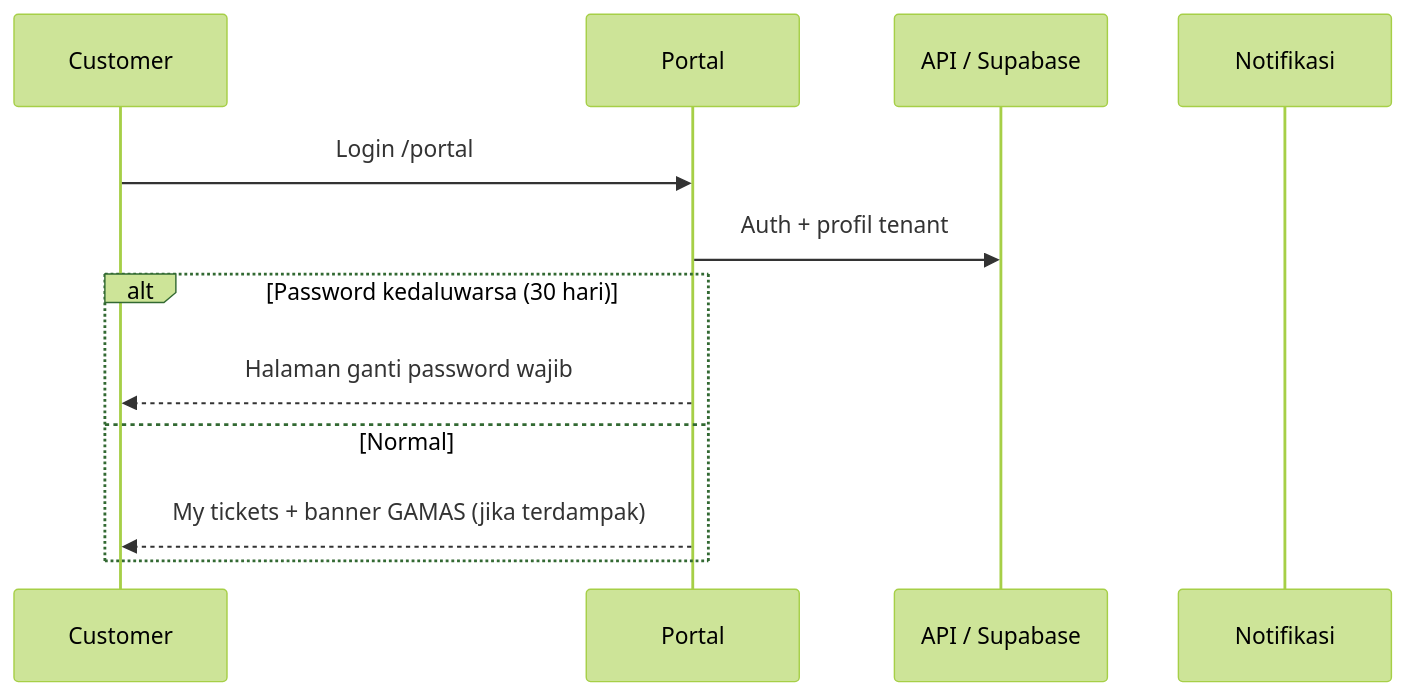
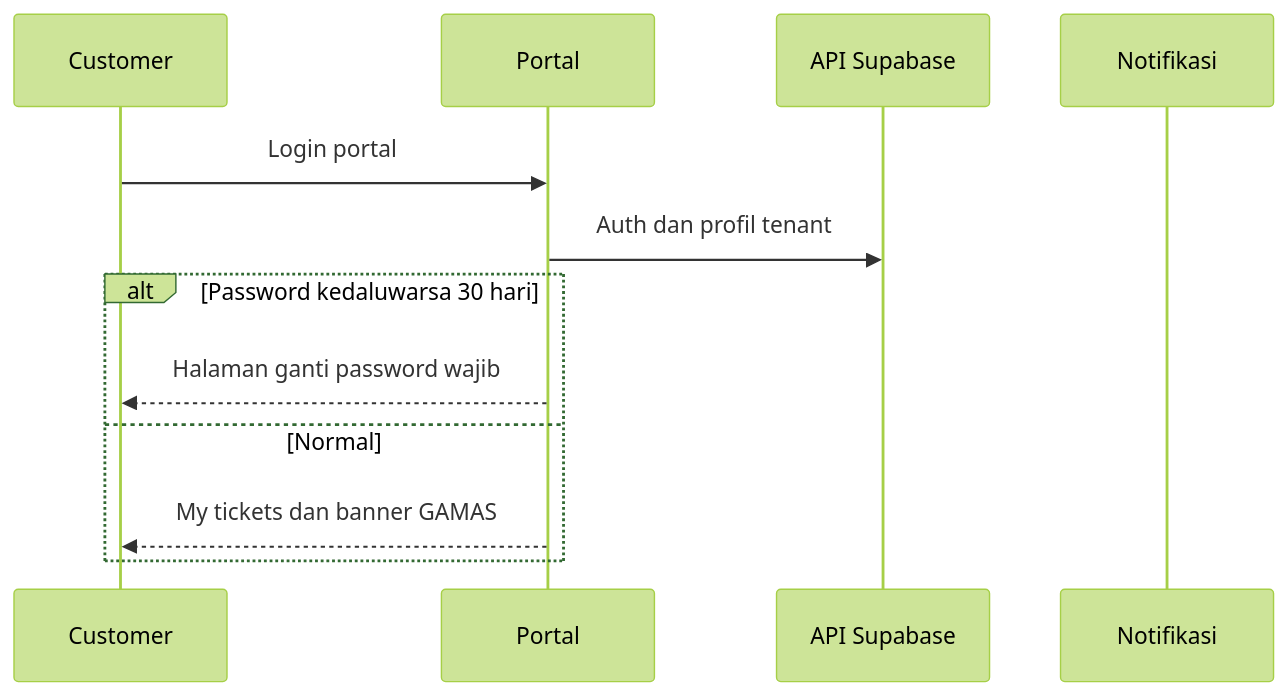
One commit to bontiharyanto/novacrm changed the second of 14 diagrams in docs/TICKETING-JOURNEY.md. Above: the diagram before and after it, drawn with Mermaid (forest theme). The commit also changed other lines of this file, not shown here.

First line of the commit message:
Fix Mermaid diagram syntax in ticketing journey doc for GitHub rendering.

````diff
--- a/docs/TICKETING-JOURNEY.md
+++ b/docs/TICKETING-JOURNEY.md
@@ -88,15 +88,15 @@
 ```mermaid
 sequenceDiagram
   participant U as Customer
   participant P as Portal
-  participant API as API / Supabase
+  participant API as API Supabase
   participant N as Notifikasi
 
-  U->>P: Login /portal
-  P->>API: Auth + profil tenant
-  alt Password kedaluwarsa (30 hari)
+  U->>P: Login portal
+  P->>API: Auth dan profil tenant
+  alt Password kedaluwarsa 30 hari
     P-->>U: Halaman ganti password wajib
   else Normal
-    P-->>U: My tickets + banner GAMAS (jika terdampak)
+    P-->>U: My tickets dan banner GAMAS
   end
 ```
````
